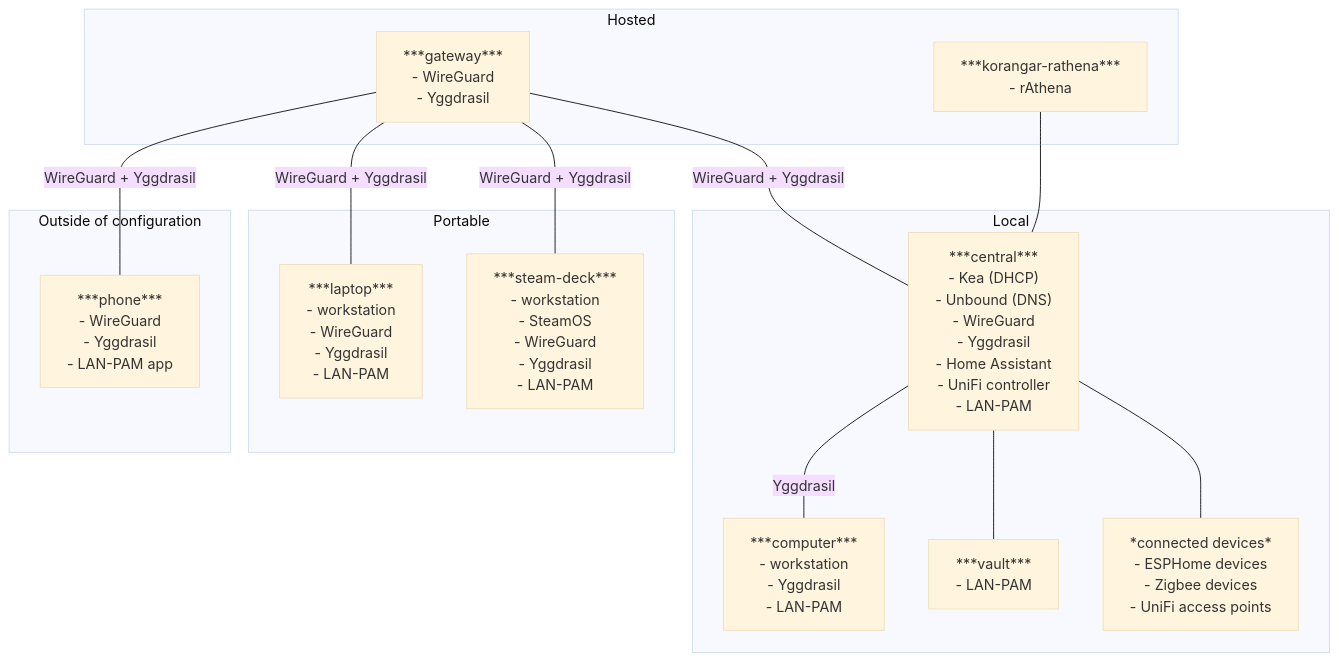
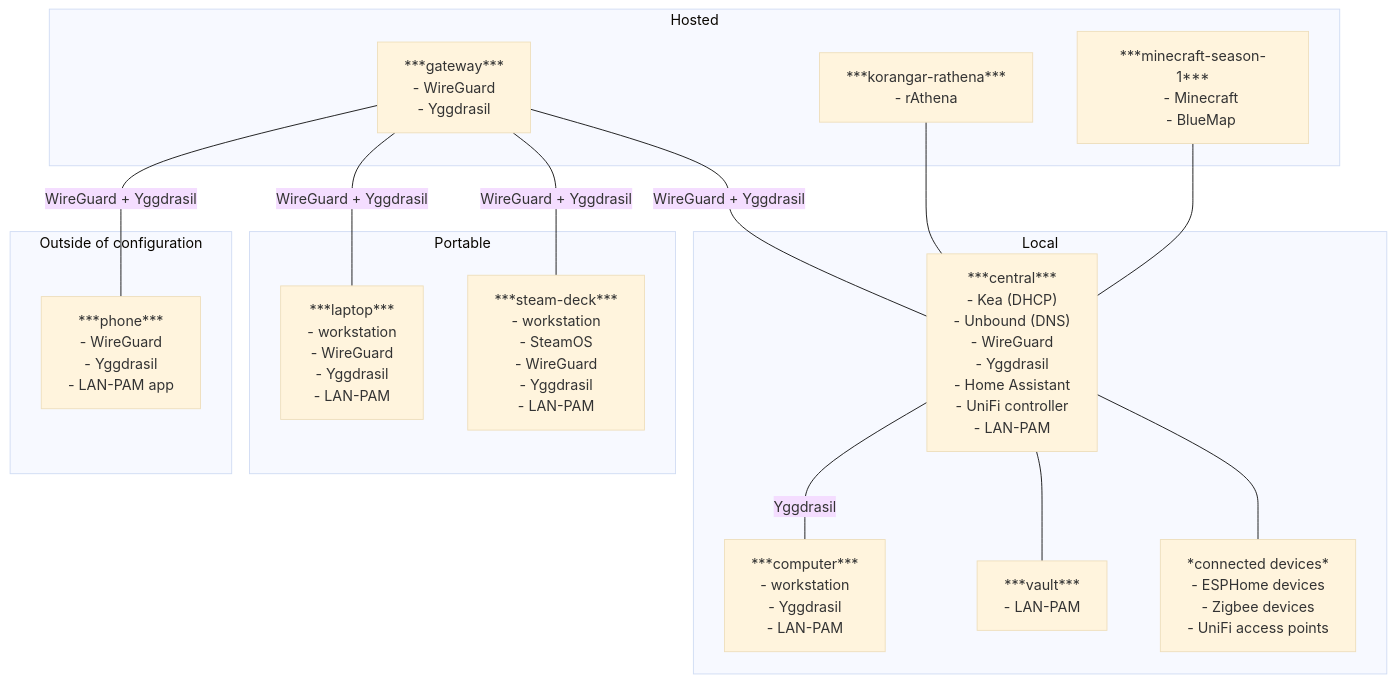
Before and after one commit to vE5li/infrastructure: the diagram in README.md, drawn with Mermaid (base theme). The commit also changed 4 other files, not shown here.

Commit message:
Add `minecraft-season-1` server

````diff
--- a/README.md
+++ b/README.md
@@ -57,62 +57,66 @@
 ```mermaid
 graph TD
     subgraph Hosted
     gateway[***gateway***
     - WireGuard
     - Yggdrasil]
     korangar-rathena[***korangar-rathena***
     - rAthena]
+    minecraft-season-1[***minecraft-season-1***
+    - Minecraft
+    - BlueMap]
     end
 
     subgraph Local
     central["***central***
     - Kea (DHCP)
     - Unbound (DNS)
     - WireGuard
     - Yggdrasil
     - Home Assistant
     - UniFi controller
     - LAN-PAM"]
     computer[***computer***
     - workstation
     - Yggdrasil
     - LAN-PAM]
     vault[***vault***
     - LAN-PAM]
     connected-devices[*connected devices*
     - ESPHome devices
     - Zigbee devices
     - UniFi access points]
     end
 
     subgraph Portable
     laptop[***laptop***
     - workstation
     - WireGuard
     - Yggdrasil
     - LAN-PAM]
     steam-deck[***steam-deck***
     - workstation
     - SteamOS
     - WireGuard
     - Yggdrasil
     - LAN-PAM]
     end
 
     subgraph Outside of configuration
     phone[***phone***
     - WireGuard
     - Yggdrasil
     - LAN-PAM app]
     end
 
     gateway ---|WireGuard + Yggdrasil| central
     gateway ---|WireGuard + Yggdrasil| laptop
     gateway ---|WireGuard + Yggdrasil| steam-deck
     gateway ---|WireGuard + Yggdrasil| phone
     korangar-rathena --- central
+    minecraft-season-1 --- central
 
     central ---|Yggdrasil| computer
     central --- vault
     central --- connected-devices
 ```
````
